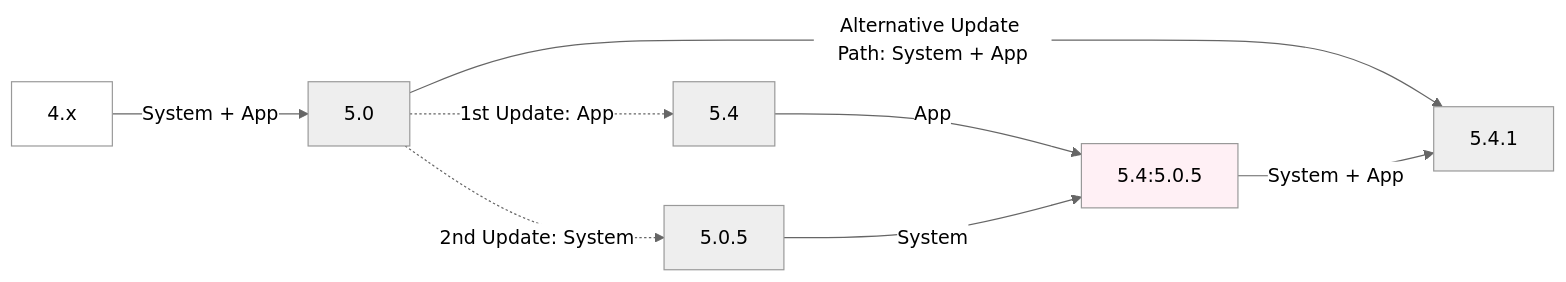
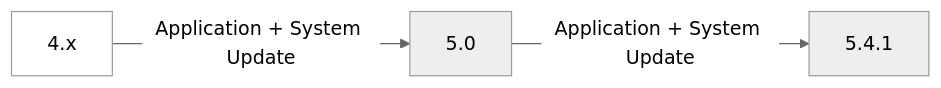
One commit to Thundergrid149/Thundergrid-Installer-Instructions changed the diagram in Etrel Inch Firmware Update Procedure.md. Above: the diagram before and after it, drawn with Mermaid (neutral theme). The commit also changed other lines of this file, not shown here.

Commit message:
Update Etrel Inch Firmware Update Procedure.md

````diff
--- a/Etrel Inch Firmware Update Procedure.md
+++ b/Etrel Inch Firmware Update Procedure.md
@@ -50,15 +50,9 @@
 ```mermaid
 flowchart LR
 
-Z[4.x]-->|System + App|Y
-Y[5.0].->| 1st Update: App |C
-Y[5.0].->| 2nd Update: System |B
-Y[5.0]-->| Alternative Update Path: System + App |E
-C[5.4]-->| App |D
-B[5.0.5]-->| System |D
-D[5.4:5.0.5]-->| System + App |E
+Z[4.x]-->|Application + System Update|Y
+Y[5.0]-->|Application + System Update |E
 E[5.4.1]
 
 style Z fill:#FFFFFF
-style D fill:#FFF0F5
 ```
````
